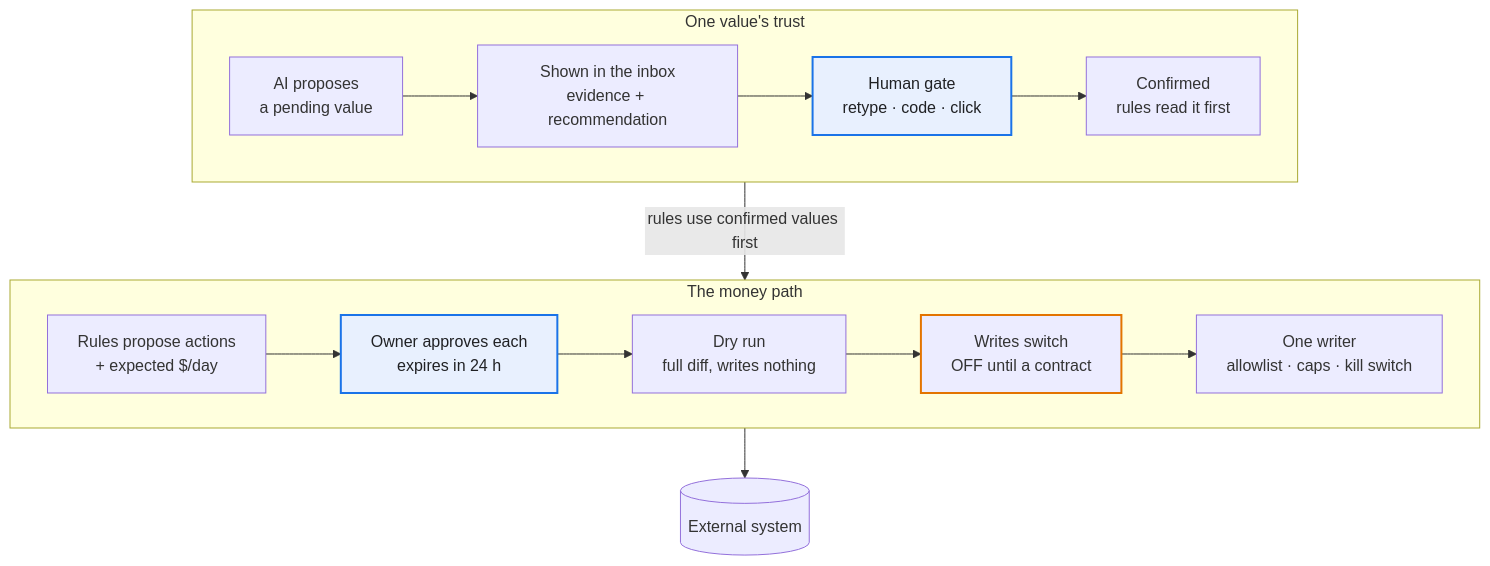
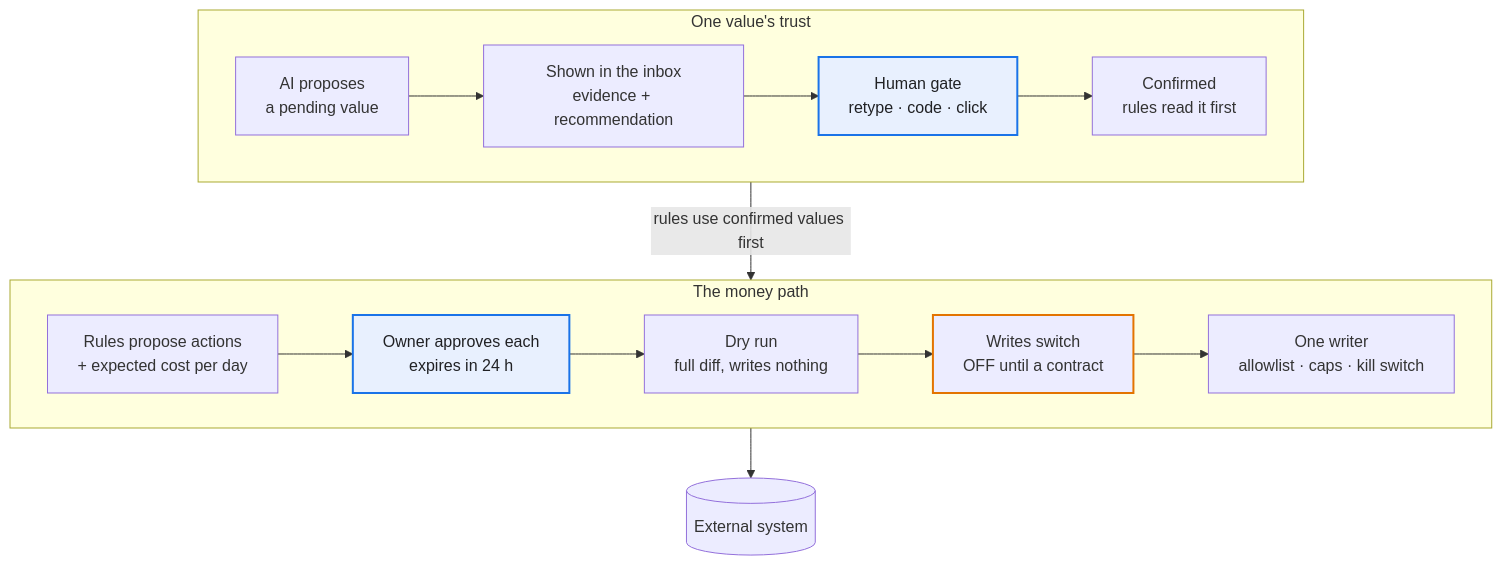
One commit to thaddeus-growth/Agent-Harness-playbook changed the fourth of 13 diagrams in README.md. Above: the diagram before and after it, drawn with Mermaid. The commit also changed other lines of this file and 31 other files, not shown here.

````diff
--- a/README.md
+++ b/README.md
@@ -100,15 +100,15 @@
 ```mermaid
 flowchart TB
     subgraph T["One value's trust"]
       direction LR
       P["AI proposes<br/>a pending value"] --> S["Shown in the inbox<br/>evidence + recommendation"] --> H["Human gate<br/>retype · code · click"]:::owner --> C["Confirmed<br/>rules read it first"]
     end
     subgraph MP["The money path"]
       direction LR
-      R["Rules propose actions<br/>+ expected $/day"] --> AP["Owner approves each<br/>expires in 24 h"]:::owner --> D["Dry run<br/>full diff, writes nothing"] --> SW["Writes switch<br/>OFF until a contract"]:::off --> W["One writer<br/>allowlist · caps · kill switch"]
+      R["Rules propose actions<br/>+ expected cost per day"] --> AP["Owner approves each<br/>expires in 24 h"]:::owner --> D["Dry run<br/>full diff, writes nothing"] --> SW["Writes switch<br/>OFF until a contract"]:::off --> W["One writer<br/>allowlist · caps · kill switch"]
     end
     T -- "rules use confirmed values first" --> MP
     MP --> EXT[(External system)]
     classDef owner fill:#e8f0fe,stroke:#1a73e8,stroke-width:2px,color:#202124
     classDef off stroke:#e37400,stroke-width:2px
 ```
````
